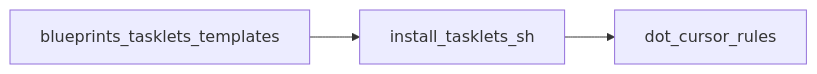
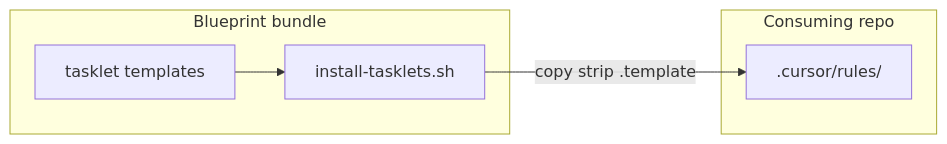
One commit to autowww/blueprints changed the second of 2 diagrams in sdlc/methodologies/forge/tasklets/README.md. Above: the diagram before and after it, drawn with Mermaid. The commit also changed other lines of this file and 7 other files, not shown here.

First line of the commit message:
docs: enrich Mermaid diagrams with subgraphs and Forge style guidance

````diff
--- a/sdlc/methodologies/forge/tasklets/README.md
+++ b/sdlc/methodologies/forge/tasklets/README.md
@@ -29,8 +29,12 @@
 ```mermaid
 flowchart LR
-  BP[blueprints_tasklets_templates]
-  SH[install_tasklets_sh]
-  CR[dot_cursor_rules]
+  subgraph Pack["Blueprint bundle"]
+    BP[tasklet templates]
+    SH[install-tasklets.sh]
+  end
+  subgraph Target["Consuming repo"]
+    CR[".cursor/rules/"]
+  end
   BP --> SH
-  SH --> CR
+  SH -->|copy strip .template| CR
 ```
````
